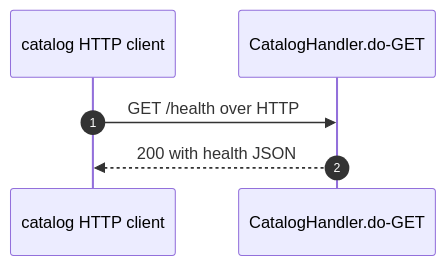
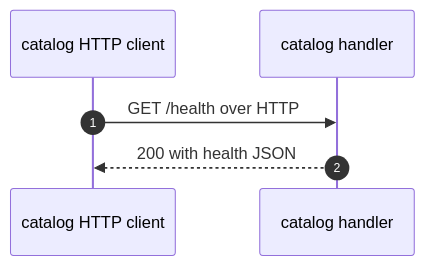
One commit to vishalc412/bible-mode-b-test changed the first of 2 diagrams in codebase-analysis/lld/api/catalog/catalog.md. Above: the diagram before and after it, drawn with Mermaid. The commit also changed other lines of this file and 41 other files, not shown here.

````diff
--- a/codebase-analysis/lld/api/catalog/catalog.md
+++ b/codebase-analysis/lld/api/catalog/catalog.md
@@ -44,8 +45,8 @@
 ```mermaid
 sequenceDiagram
   autonumber
   participant Client as catalog HTTP client
-  participant Handler as CatalogHandler.do-GET
+  participant Handler as catalog handler
   Client->>Handler: GET /health over HTTP
   Handler-->>Client: 200 with health JSON
 ```
````
